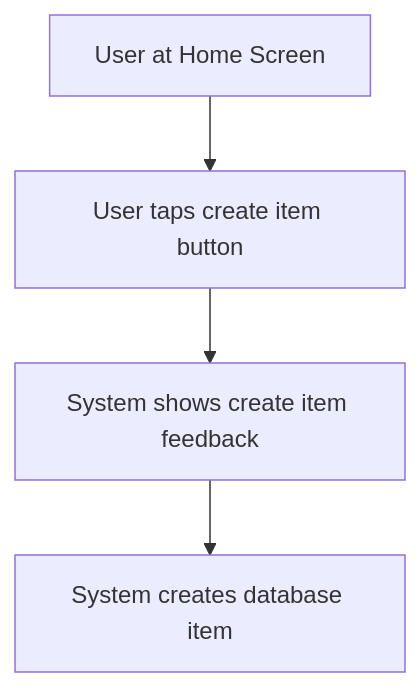
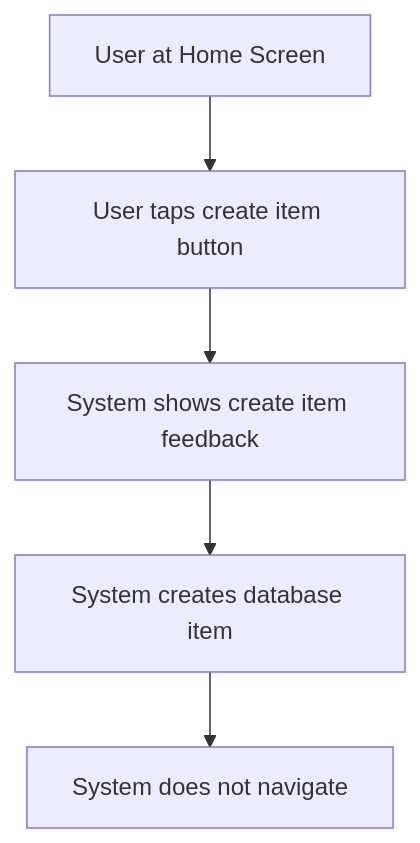
The diagram in templates/requirements-template.md (its-brianwithai/pew-pew-plx), drawn with Mermaid before and after one commit. The commit also changed other lines of this file and 79 other files, not shown here.

````diff
--- a/templates/requirements-template.md
+++ b/templates/requirements-template.md
@@ -47,6 +73,7 @@
         ```mermaid
         graph TD
             Start[User at Home Screen] --> TapButton[User taps create item button];
             TapButton --> ShowFeedback[System shows create item feedback];
             ShowFeedback --> CreateItem[System creates database item];
+            CreateItem --> NoNavigation[System does not navigate];
         ```
````
